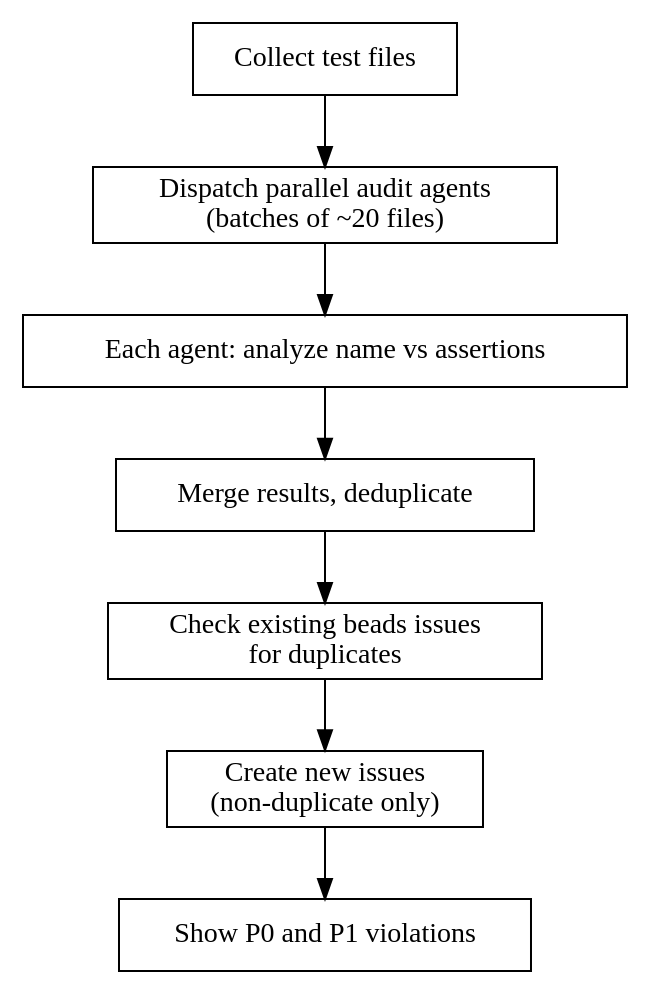
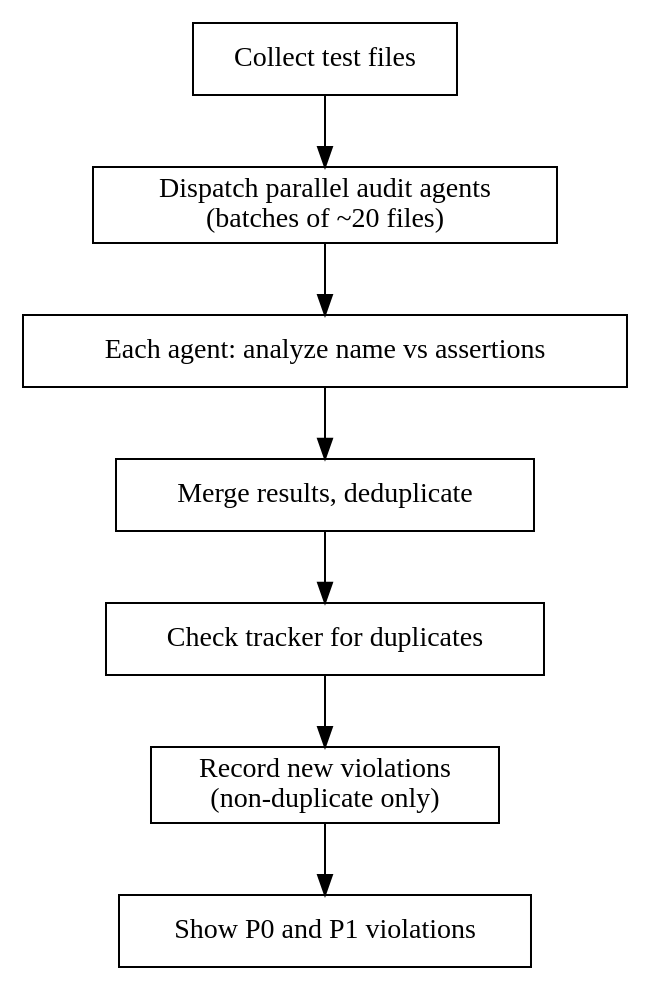
Before and after one commit to avishek-sen-gupta/agent-guidelines-templates: the diagram in skills/audit-asserts/SKILL.md, drawn with Graphviz. The commit also changed other lines of this file and 32 other files, not shown here.

````diff
--- a/skills/audit-asserts/SKILL.md
+++ b/skills/audit-asserts/SKILL.md
@@ -12,19 +12,19 @@
 ```dot
 digraph audit {
     rankdir=TB;
     "Collect test files" [shape=box];
     "Dispatch parallel audit agents\n(batches of ~20 files)" [shape=box];
     "Each agent: analyze name vs assertions" [shape=box];
     "Merge results, deduplicate" [shape=box];
-    "Check existing beads issues\nfor duplicates" [shape=box];
-    "Create new issues\n(non-duplicate only)" [shape=box];
+    "Check tracker for duplicates" [shape=box];
+    "Record new violations\n(non-duplicate only)" [shape=box];
     "Show P0 and P1 violations" [shape=box];
 
     "Collect test files" -> "Dispatch parallel audit agents\n(batches of ~20 files)";
     "Dispatch parallel audit agents\n(batches of ~20 files)" -> "Each agent: analyze name vs assertions";
     "Each agent: analyze name vs assertions" -> "Merge results, deduplicate";
-    "Merge results, deduplicate" -> "Check existing beads issues\nfor duplicates";
-    "Check existing beads issues\nfor duplicates" -> "Create new issues\n(non-duplicate only)";
-    "Create new issues\n(non-duplicate only)" -> "Show P0 and P1 violations";
+    "Merge results, deduplicate" -> "Check tracker for duplicates";
+    "Check tracker for duplicates" -> "Record new violations\n(non-duplicate only)";
+    "Record new violations\n(non-duplicate only)" -> "Show P0 and P1 violations";
 }
 ```
````
